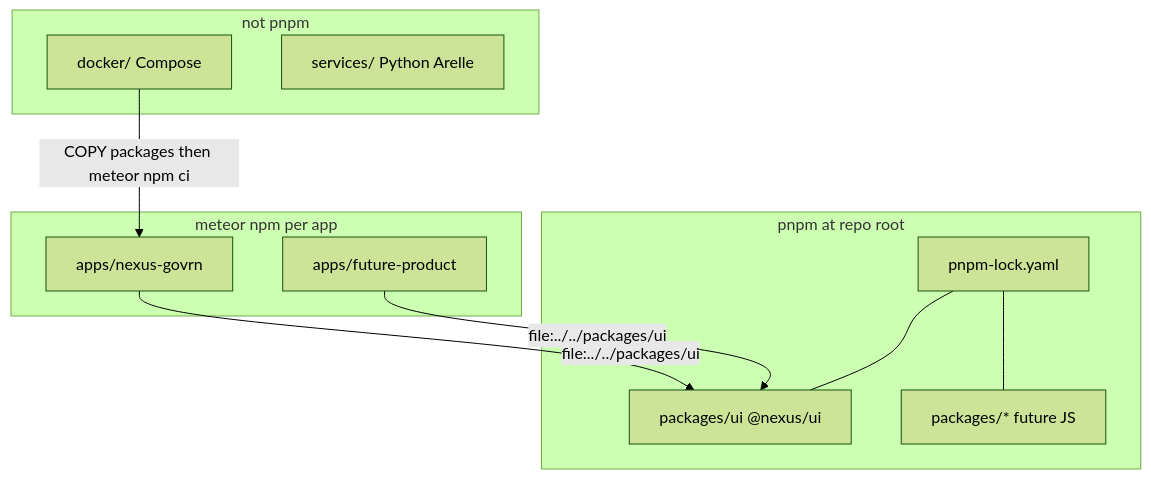
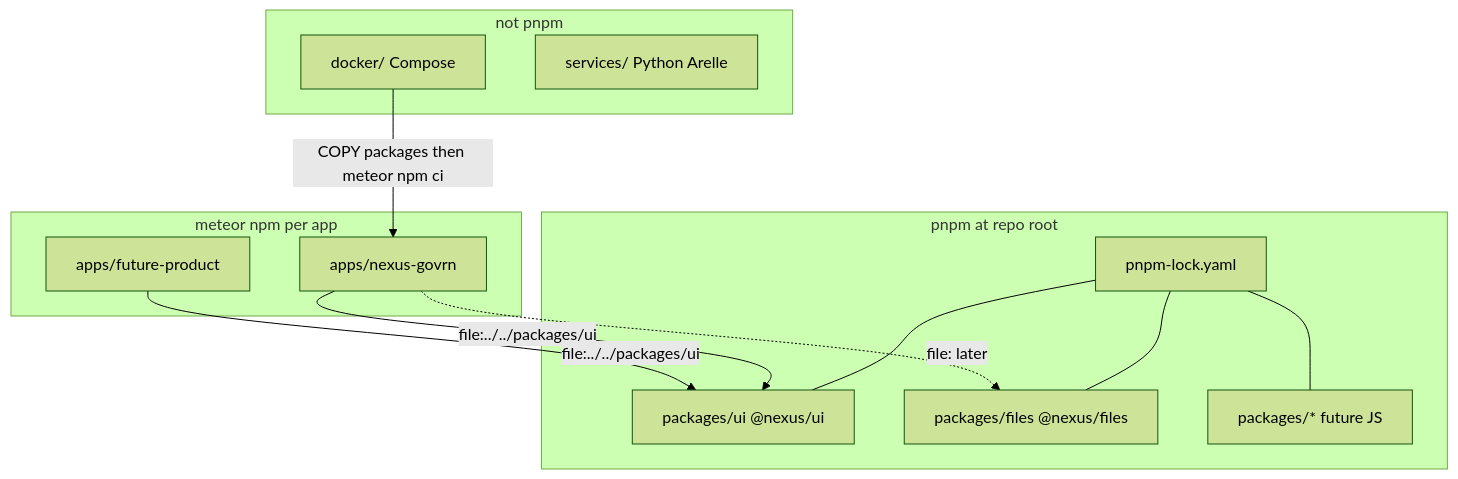
Before and after one commit to kasgarally/ik-nexus: the first of 7 diagrams in PNPM.md, drawn with Mermaid (forest theme). The commit also changed other lines of this file and 20 other files, not shown here.

````diff
--- a/PNPM.md
+++ b/PNPM.md
@@ -45,21 +45,24 @@
 ```mermaid
 flowchart TB
   subgraph pnpmWs ["pnpm at repo root"]
     lockfile["pnpm-lock.yaml"]
     ui["packages/ui @nexus/ui"]
+    files["packages/files @nexus/files"]
     futureJs["packages/* future JS"]
     lockfile --- ui
+    lockfile --- files
     lockfile --- futureJs
   end
   subgraph meteorApps ["meteor npm per app"]
     govrn["apps/nexus-govrn"]
     otherApp["apps/future-product"]
   end
   subgraph isolated ["not pnpm"]
     dockerStack["docker/ Compose"]
     servicesDir["services/ Python Arelle"]
   end
   govrn -->|"file:../../packages/ui"| ui
+  govrn -.->|"file: later"| files
   otherApp -->|"file:../../packages/ui"| ui
   dockerStack -->|"COPY packages then meteor npm ci"| govrn
 ```
````
